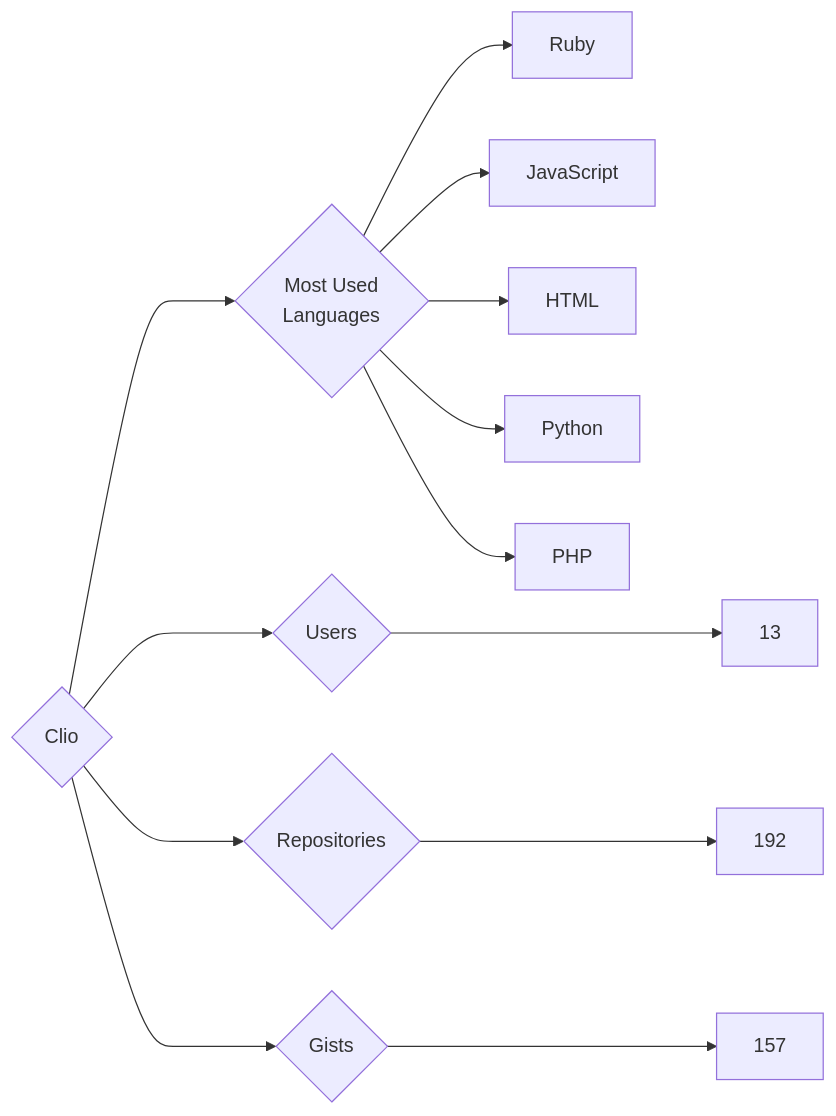
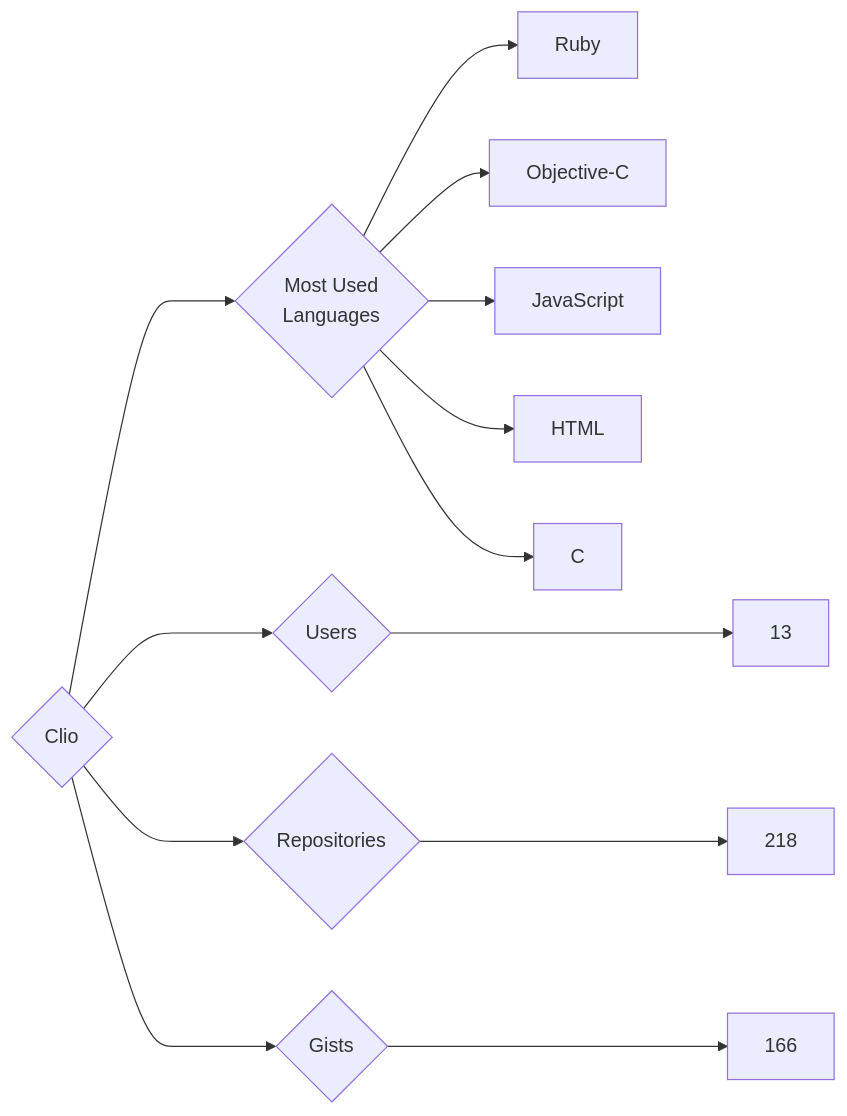
The diagram in targets/Clio/README.md (trickest/insiders), drawn with Mermaid before and after one commit. The commit also changed 611 other files, not shown here.

````diff
--- a/targets/Clio/README.md
+++ b/targets/Clio/README.md
@@ -3,13 +3,13 @@
 ```mermaid
 graph LR
 COMPANY_NAME{Clio}
 COMPANY_NAME ---> U{Users} ---> UN[13]
-COMPANY_NAME ---> R{Repositories} ---> RN[192]
-COMPANY_NAME ---> G{Gists} ---> GN[157]
+COMPANY_NAME ---> R{Repositories} ---> RN[218]
+COMPANY_NAME ---> G{Gists} ---> GN[166]
 COMPANY_NAME ---> ML{Most Used<br>Languages}
 ML --> Ruby[Ruby]
+ML --> Objective-C[Objective-C]
 ML --> JavaScript[JavaScript]
 ML --> HTML[HTML]
-ML --> Python[Python]
-ML --> PHP[PHP]
+ML --> C[C]
 ```
````
